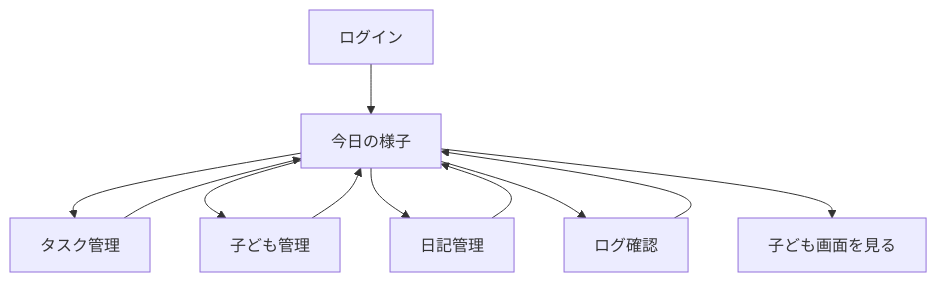
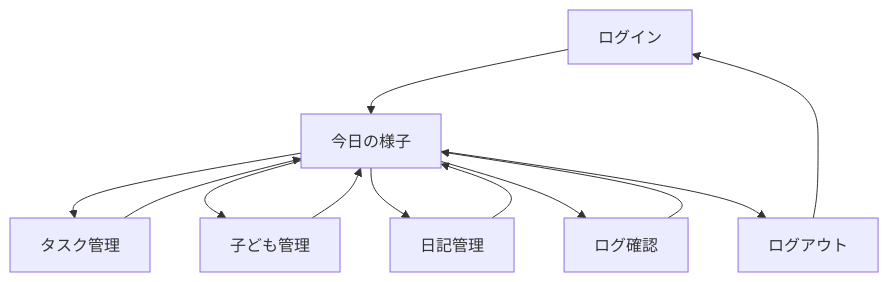
One commit to aya-k-o/dekitasuku changed the third of 3 diagrams in docs/screen_design.md. Above: the diagram before and after it, drawn with Mermaid. The commit also changed other lines of this file and 5 other files, not shown here.

````diff
--- a/docs/screen_design.md
+++ b/docs/screen_design.md
@@ -34,14 +48,14 @@
 ```mermaid
 graph TD
     A[ログイン] --> B[今日の様子]
     B --> C[タスク管理]
     B --> D[子ども管理]
     B --> E[日記管理]
     B --> F[ログ確認]
-    B --> G[子ども画面を見る]
-    
+    B --> G[ログアウト]
+    G --> A
     C --> B
     D --> B
     E --> B
     F --> B
 ```
````
